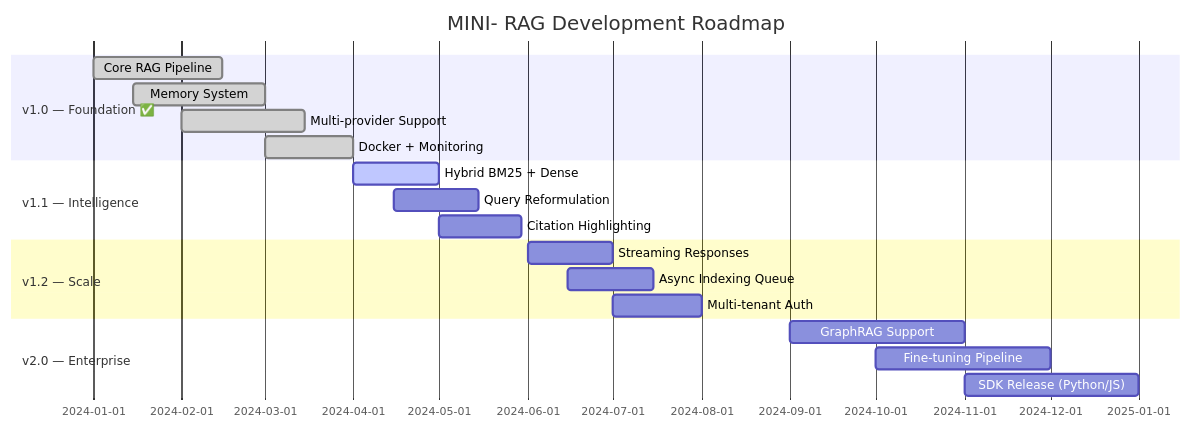
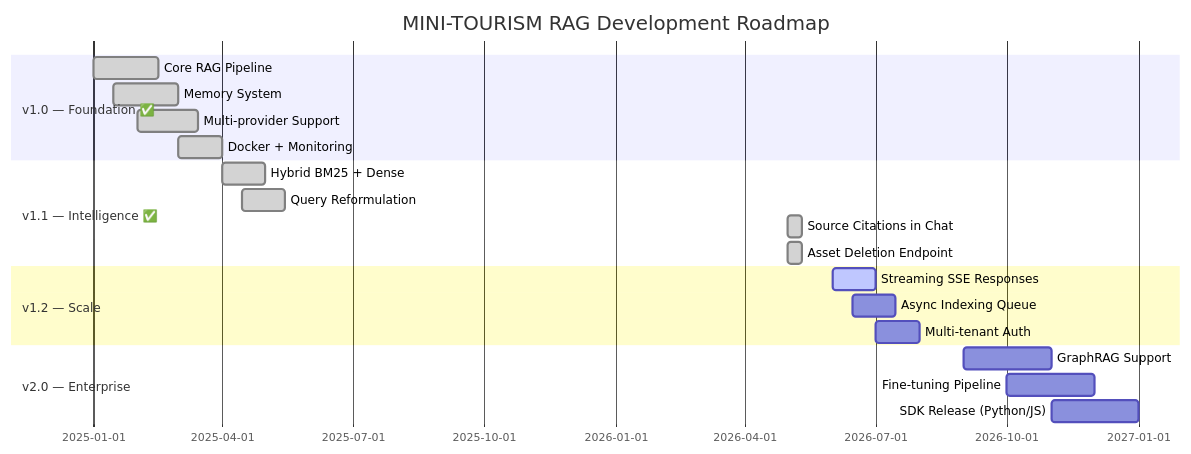
Before and after one commit to moyasserelkotp/MINI_RAG: diagram 21 of 21 in README_COMPREHENSIVE.md, drawn with Mermaid. The commit also changed other lines of this file and 10 other files, not shown here.

Commit message:
feat: implement core RAG architecture including NLP/Data controllers, model schemas, and API routing for tourism domain

````diff
--- a/README_COMPREHENSIVE.md
+++ b/README_COMPREHENSIVE.md
@@ -1954,25 +1996,26 @@
 ```mermaid
 gantt
-    title MINI- RAG Development Roadmap
+    title MINI-TOURISM RAG Development Roadmap
     dateFormat  YYYY-MM-DD
     section v1.0 — Foundation ✅
-    Core RAG Pipeline        :done, 2024-01-01, 2024-02-15
-    Memory System            :done, 2024-01-15, 2024-03-01
-    Multi-provider Support   :done, 2024-02-01, 2024-03-15
-    Docker + Monitoring      :done, 2024-03-01, 2024-04-01
+    Core RAG Pipeline        :done, 2025-01-01, 2025-02-15
+    Memory System            :done, 2025-01-15, 2025-03-01
+    Multi-provider Support   :done, 2025-02-01, 2025-03-15
+    Docker + Monitoring      :done, 2025-03-01, 2025-04-01
 
-    section v1.1 — Intelligence
-    Hybrid BM25 + Dense      :active, 2024-04-01, 2024-05-01
-    Query Reformulation      :2024-04-15, 2024-05-15
-    Citation Highlighting    :2024-05-01, 2024-05-30
+    section v1.1 — Intelligence ✅
+    Hybrid BM25 + Dense      :done, 2025-04-01, 2025-05-01
+    Query Reformulation      :done, 2025-04-15, 2025-05-15
+    Source Citations in Chat :done, 2026-05-01, 2026-05-11
+    Asset Deletion Endpoint  :done, 2026-05-01, 2026-05-11
 
     section v1.2 — Scale
-    Streaming Responses      :2024-06-01, 2024-07-01
-    Async Indexing Queue     :2024-06-15, 2024-07-15
-    Multi-tenant Auth        :2024-07-01, 2024-08-01
+    Streaming SSE Responses  :active, 2026-06-01, 2026-07-01
+    Async Indexing Queue     :2026-06-15, 2026-07-15
+    Multi-tenant Auth        :2026-07-01, 2026-08-01
 
     section v2.0 — Enterprise
-    GraphRAG Support         :2024-09-01, 2024-11-01
-    Fine-tuning Pipeline     :2024-10-01, 2024-12-01
-    SDK Release (Python/JS)  :2024-11-01, 2025-01-01
+    GraphRAG Support         :2026-09-01, 2026-11-01
+    Fine-tuning Pipeline     :2026-10-01, 2026-12-01
+    SDK Release (Python/JS)  :2026-11-01, 2027-01-01
 ```
````
